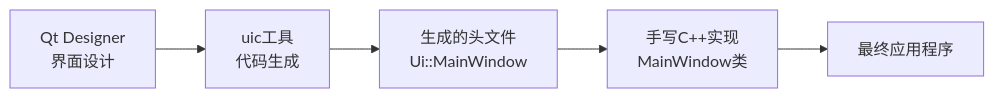
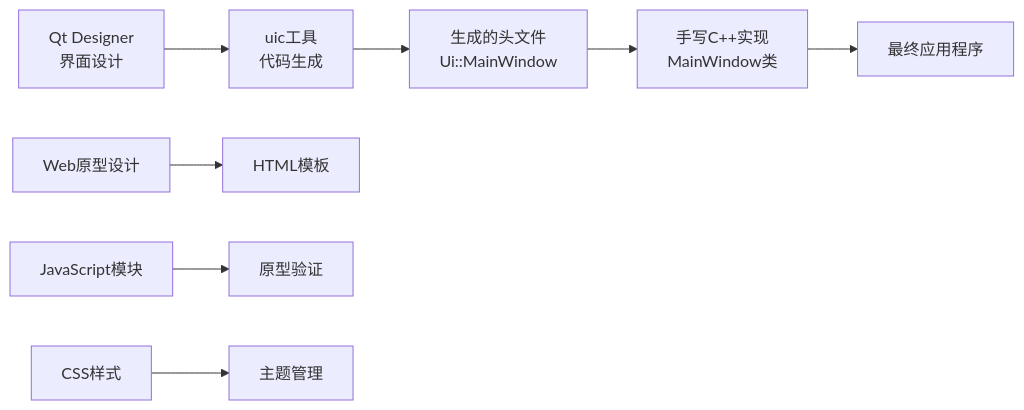
One commit to jakecai1225-design/OpenBus changed diagram 14 of 21 in .qoder/repowiki/zh/content/架构设计/UI系统设计/UI系统设计.md. Above: the diagram before and after it, drawn with Mermaid. The commit also changed other lines of this file and 59 other files, not shown here.

````diff
--- a/.qoder/repowiki/zh/content/架构设计/UI系统设计/UI系统设计.md
+++ b/.qoder/repowiki/zh/content/架构设计/UI系统设计/UI系统设计.md
@@ -753,7 +757,10 @@
 ```mermaid
 flowchart LR
 Designer["Qt Designer<br/>界面设计"] --> UIC["uic工具<br/>代码生成"]
 UIC --> Header["生成的头文件<br/>Ui::MainWindow"]
 Header --> Implementation["手写C++实现<br/>MainWindow类"]
 Implementation --> Application["最终应用程序"]
+WebDesign["Web原型设计"] --> HTML["HTML模板"]
+JS["JavaScript模块"] --> Prototype["原型验证"]
+CSS["CSS样式"] --> Theme["主题管理"]
 ```
````
